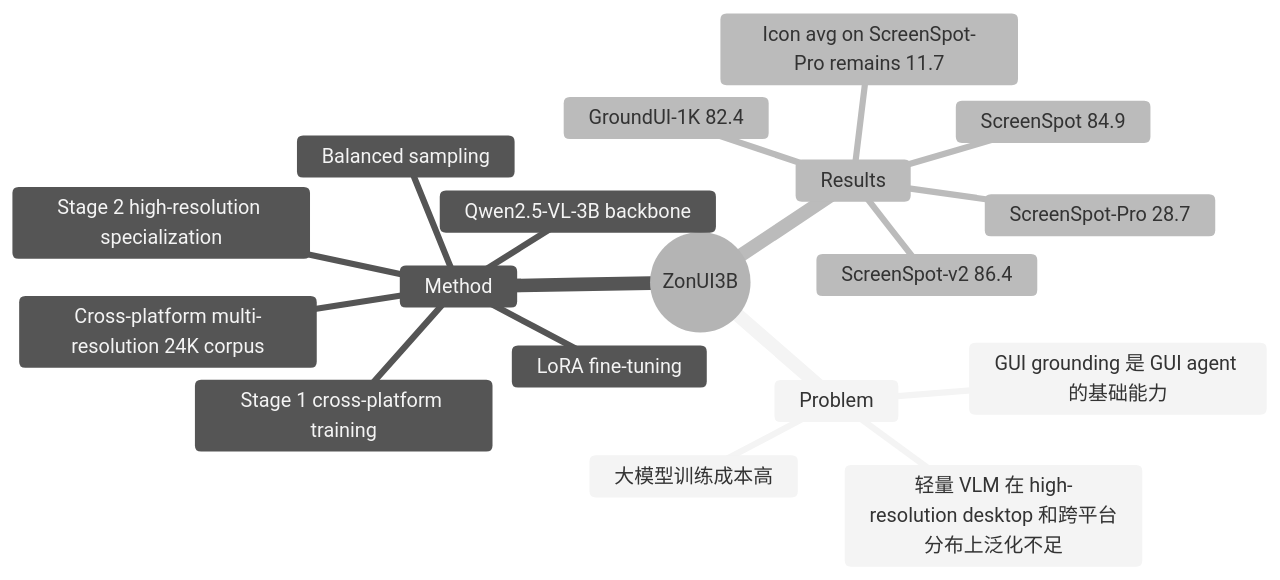
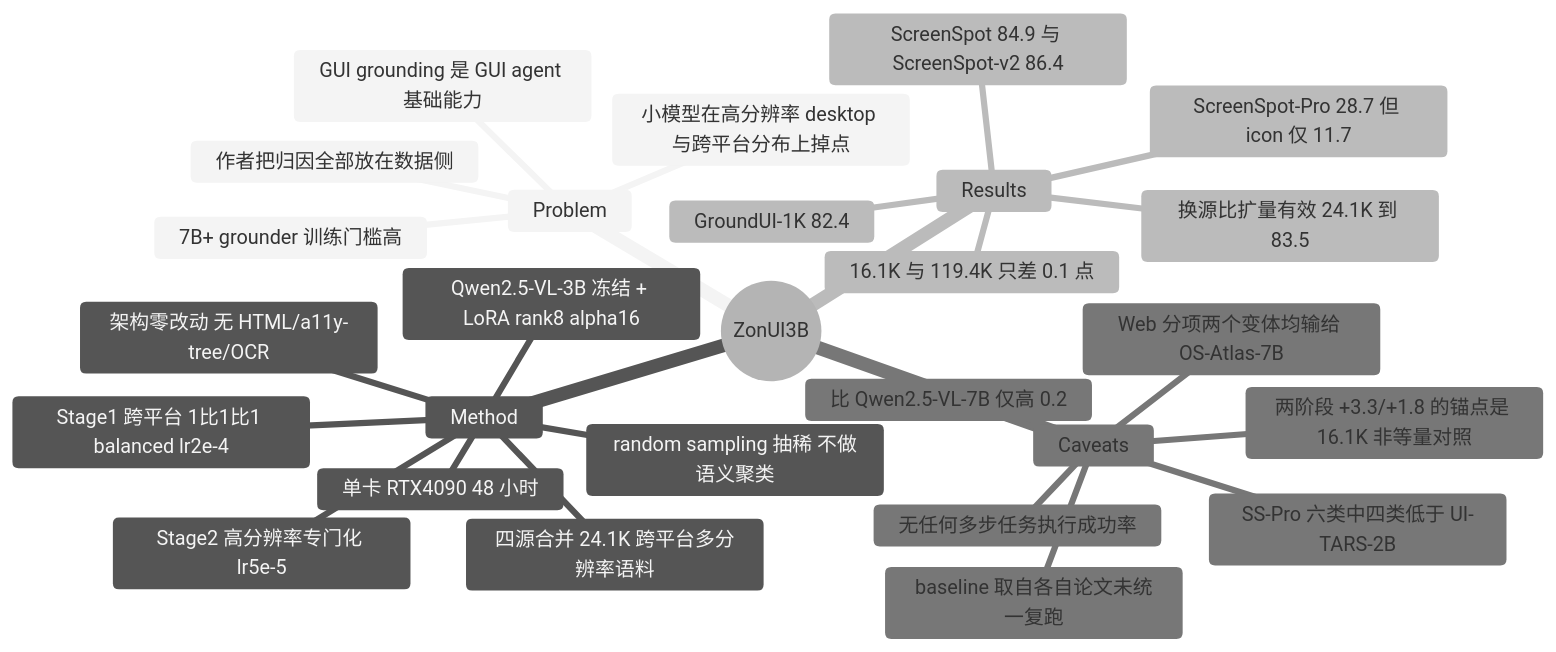
One commit to Kendrick-Stein/MCISLAB_DeepRead changed the diagram in Papers/2601-ZonUI3B.md. Above: the diagram before and after it, drawn with Mermaid (neutral theme). The commit also changed other lines of this file and 138 other files, not shown here.

````diff
--- a/Papers/2601-ZonUI3B.md
+++ b/Papers/2601-ZonUI3B.md
@@ -42,21 +87,30 @@
 ```mermaid
 mindmap
   root((ZonUI3B))
     Problem
-      GUI grounding 是 GUI agent 的基础能力
-      轻量 VLM 在 high-resolution desktop 和跨平台分布上泛化不足
-      大模型训练成本高
+      GUI grounding 是 GUI agent 基础能力
+      7B+ grounder 训练门槛高
+      小模型在高分辨率 desktop 与跨平台分布上掉点
+      作者把归因全部放在数据侧
     Method
-      Qwen2.5-VL-3B backbone
-      LoRA fine-tuning
-      Cross-platform multi-resolution 24K corpus
-      Balanced sampling
-      Stage 1 cross-platform training
-      Stage 2 high-resolution specialization
+      Qwen2.5-VL-3B 冻结 + LoRA rank8 alpha16
+      架构零改动 无 HTML/a11y-tree/OCR
+      四源合并 24.1K 跨平台多分辨率语料
+      random sampling 抽稀 不做语义聚类
+      Stage1 跨平台 1比1比1 balanced lr2e-4
+      Stage2 高分辨率专门化 lr5e-5
+      单卡 RTX4090 48 小时
     Results
-      ScreenSpot 84.9
-      ScreenSpot-v2 86.4
+      ScreenSpot 84.9 与 ScreenSpot-v2 86.4
       GroundUI-1K 82.4
-      ScreenSpot-Pro 28.7
-      Icon avg on ScreenSpot-Pro remains 11.7
+      ScreenSpot-Pro 28.7 但 icon 仅 11.7
+      16.1K 与 119.4K 只差 0.1 点
+      换源比扩量有效 24.1K 到 83.5
+    Caveats
+      Web 分项两个变体均输给 OS-Atlas-7B
+      SS-Pro 六类中四类低于 UI-TARS-2B
+      比 Qwen2.5-VL-7B 仅高 0.2
+      baseline 取自各自论文未统一复跑
+      两阶段 +3.3/+1.8 的锚点是 16.1K 非等量对照
+      无任何多步任务执行成功率
 ```
````
